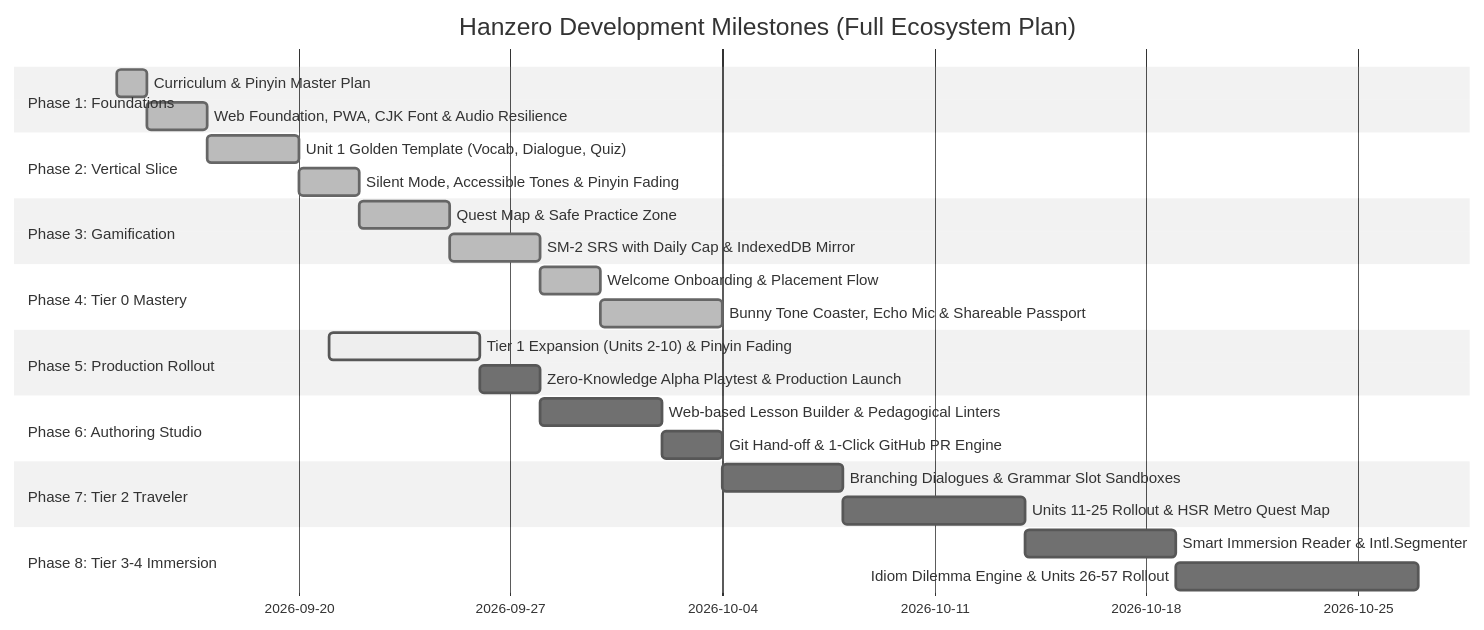
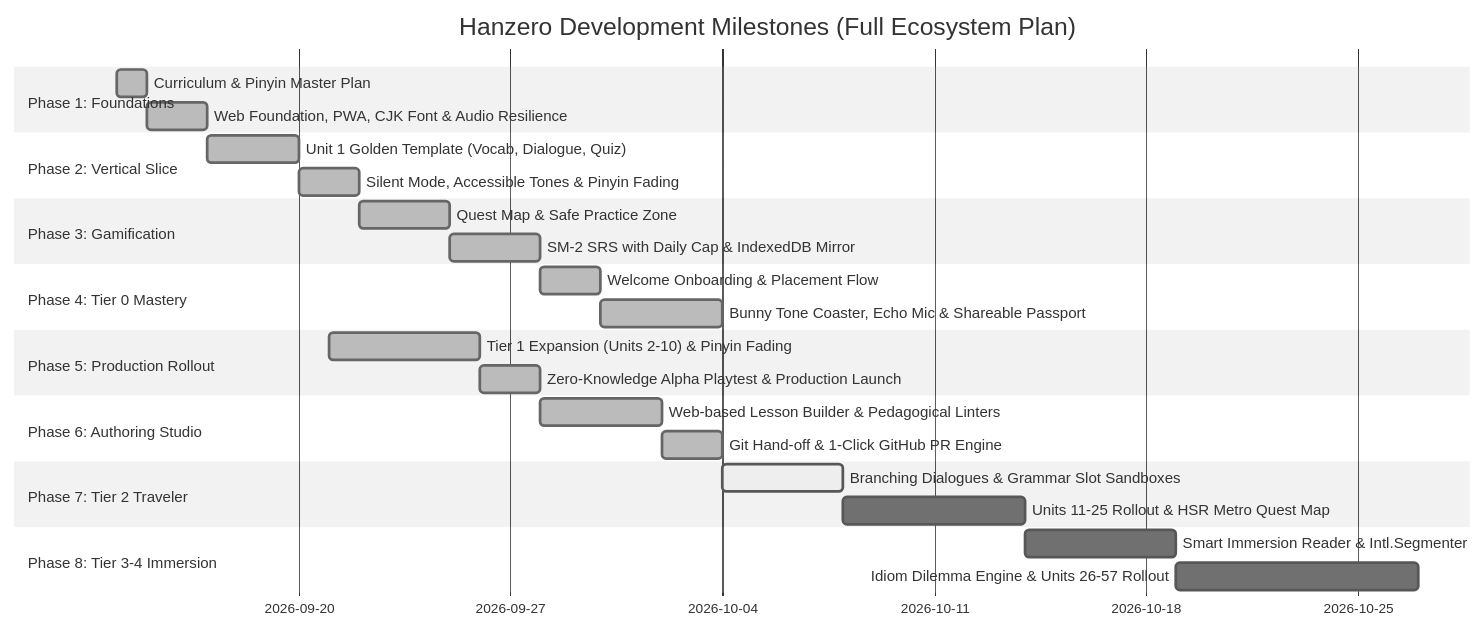
Before and after one commit to vavinon/Hanzero: the diagram in docs/roadmap/milestone_plan.md, drawn with Mermaid (neutral theme). The commit also changed other lines of this file and 28 other files, not shown here.

First line of the commit message:
feat(phase7): deliver Tier 2 Traveler curriculum batch 1 units 11-15 (TASK-701)

````diff
--- a/docs/roadmap/milestone_plan.md
+++ b/docs/roadmap/milestone_plan.md
@@ -9,29 +9,29 @@
 ```mermaid
 gantt
     title Hanzero Development Milestones (Full Ecosystem Plan)
     dateFormat  YYYY-MM-DD
     section Phase 1: Foundations
     Curriculum & Pinyin Master Plan :done, p0, 2026-09-14, 1d
     Web Foundation, PWA, CJK Font & Audio Resilience :done, p1, 2026-09-15, 2d
     section Phase 2: Vertical Slice
     Unit 1 Golden Template (Vocab, Dialogue, Quiz) :done, p2, after p1, 3d
     Silent Mode, Accessible Tones & Pinyin Fading :done, p3, after p2, 2d
     section Phase 3: Gamification
     Quest Map & Safe Practice Zone :done, p4, after p3, 3d
     SM-2 SRS with Daily Cap & IndexedDB Mirror :done, p5, after p4, 3d
     section Phase 4: Tier 0 Mastery
     Welcome Onboarding & Placement Flow :done, p6, after p5, 2d
     Bunny Tone Coaster, Echo Mic & Shareable Passport :done, p7, after p6, 4d
     section Phase 5: Production Rollout
-    Tier 1 Expansion (Units 2-10) & Pinyin Fading :active, p8, 2026-09-21, 5d
-    Zero-Knowledge Alpha Playtest & Production Launch :p9, after p8, 2d
+    Tier 1 Expansion (Units 2-10) & Pinyin Fading :done, p8, 2026-09-21, 5d
+    Zero-Knowledge Alpha Playtest & Production Launch :done, p9, after p8, 2d
     section Phase 6: Authoring Studio
-    Web-based Lesson Builder & Pedagogical Linters :p10, after p9, 4d
-    Git Hand-off & 1-Click GitHub PR Engine :p11, after p10, 2d
+    Web-based Lesson Builder & Pedagogical Linters :done, p10, after p9, 4d
+    Git Hand-off & 1-Click GitHub PR Engine :done, p11, after p10, 2d
     section Phase 7: Tier 2 Traveler
-    Branching Dialogues & Grammar Slot Sandboxes :p12, after p11, 4d
+    Branching Dialogues & Grammar Slot Sandboxes :active, p12, after p11, 4d
     Units 11-25 Rollout & HSR Metro Quest Map :p13, after p12, 6d
     section Phase 8: Tier 3-4 Immersion
     Smart Immersion Reader & Intl.Segmenter :p14, after p13, 5d
     Idiom Dilemma Engine & Units 26-57 Rollout :p15, after p14, 8d
 ```
````
